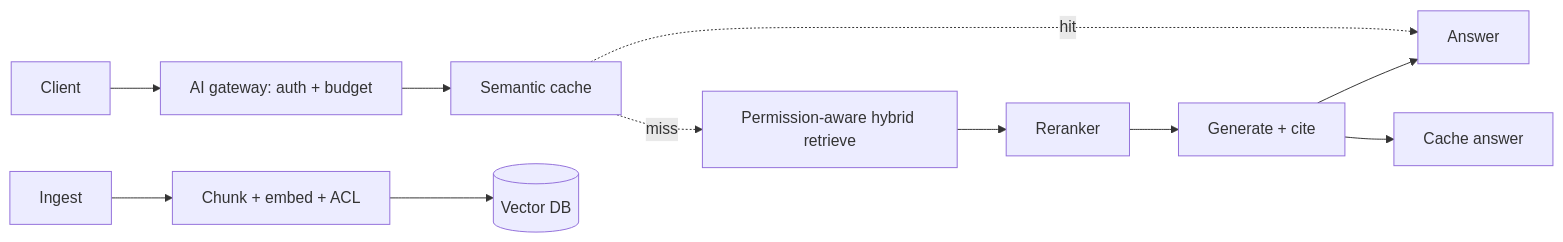
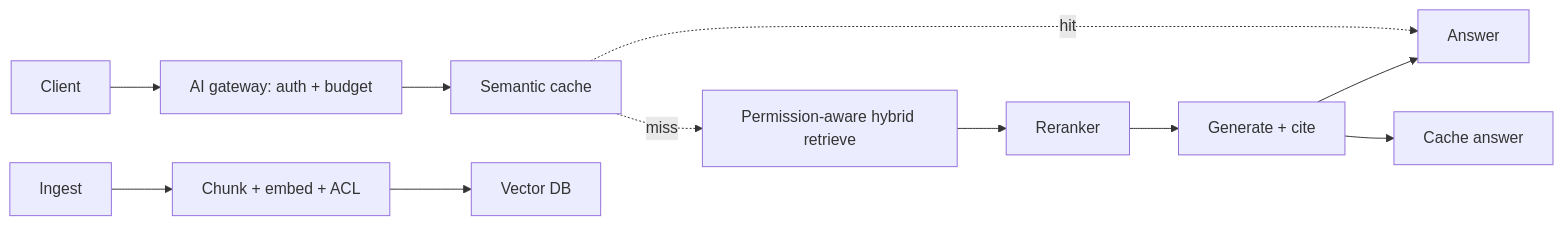
One commit to RIT-MESH/system-design-mastery changed the first of 4 diagrams in case-studies/ai-systems/enterprise-rag-platform.md. Above: the diagram before and after it, drawn with Mermaid. The commit also changed 139 other files, not shown here.

First line of the commit message:
Fix Mermaid parse errors: replace parentheses in node labels across 140 files

````diff
--- a/case-studies/ai-systems/enterprise-rag-platform.md
+++ b/case-studies/ai-systems/enterprise-rag-platform.md
@@ -53,13 +53,13 @@
 ```mermaid
 %% created-for: system-design-mastery
 flowchart LR
   Client --> GW[AI gateway: auth + budget]
   GW --> Cache[Semantic cache]
   Cache -.hit.-> Resp[Answer]
   Cache -.miss.-> Ret[Permission-aware hybrid retrieve]
   Ret --> Rerank[Reranker]
   Rerank --> LLM[Generate + cite]
   LLM --> Store[Cache answer]
   LLM --> Resp
-  Ingest[Ingest] --> Chunk[Chunk + embed + ACL] --> VDB[(Vector DB)]
+  Ingest[Ingest] --> Chunk[Chunk + embed + ACL] --> VDB[Vector DB]
 ```
````
